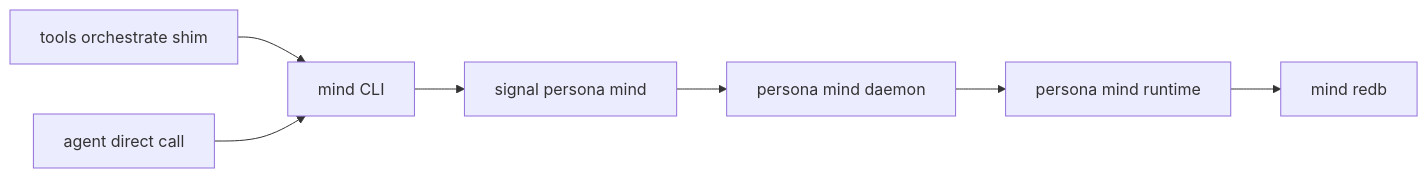
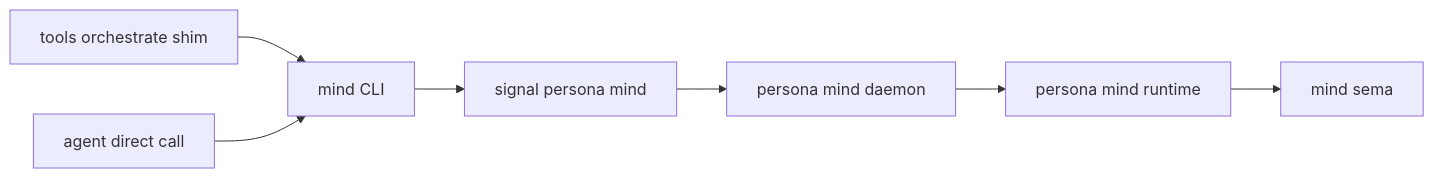
Before and after one commit to LiGoldragon/persona: the sixth of 9 diagrams in ARCHITECTURE.md, drawn with Mermaid. The commit also changed other lines of this file and 46 other files, not shown here.

````diff
--- a/ARCHITECTURE.md
+++ b/ARCHITECTURE.md
@@ -1014,9 +1014,9 @@
 ```mermaid
 graph LR
     orchestrate[tools orchestrate shim] --> mind_cli[mind CLI]
     direct_agent[agent direct call] --> mind_cli
     mind_cli --> contract[signal persona mind]
     contract --> daemon[persona mind daemon]
     daemon --> runtime[persona mind runtime]
-    runtime --> store[mind redb]
+    runtime --> store[mind sema]
 ```
````
